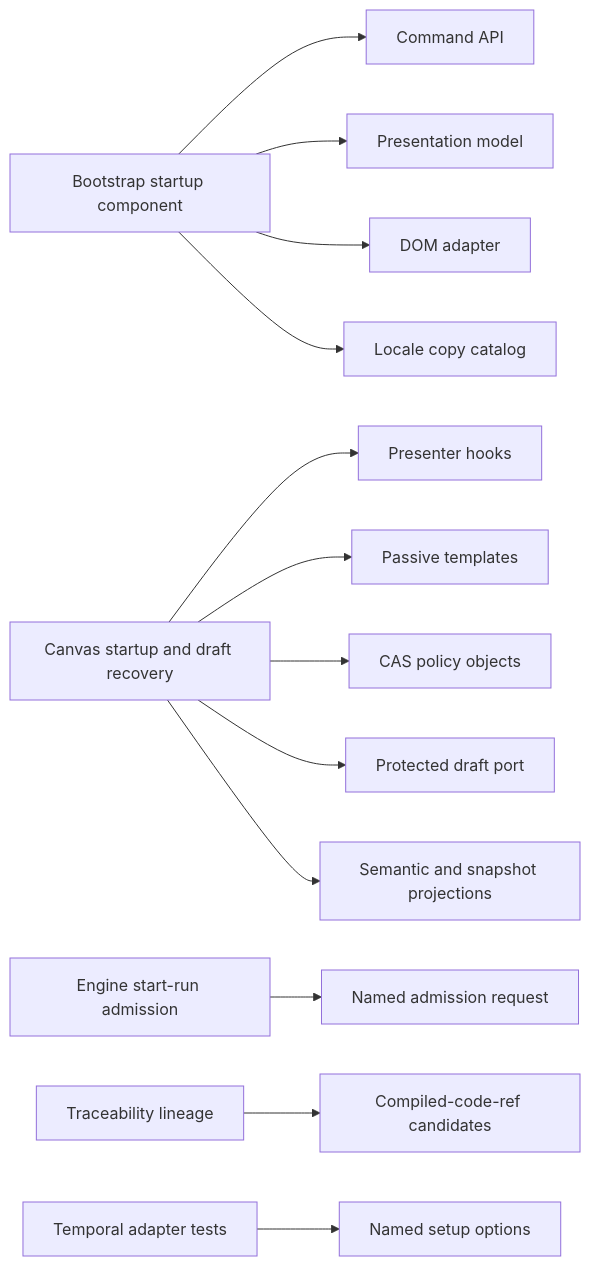
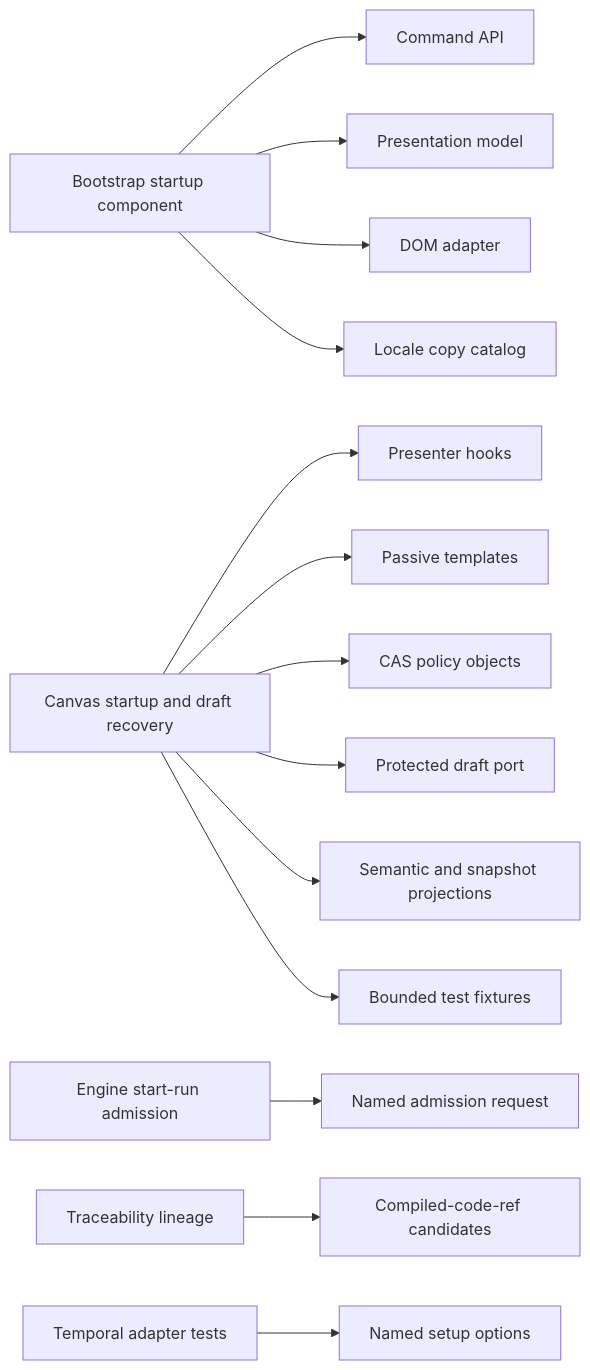
The first of 2 diagrams in buzon/20260429-codex-static-analysis-followup-fowler-architecture-review.md (dunay2/dvt), drawn with Mermaid before and after one commit. The commit also changed other lines of this file and 24 other files, not shown here.

Commit message:
refactor(web): Split workspace graph draft fixtures

````diff
--- a/buzon/20260429-codex-static-analysis-followup-fowler-architecture-review.md
+++ b/buzon/20260429-codex-static-analysis-followup-fowler-architecture-review.md
@@ -96,17 +102,18 @@
 ```mermaid
 flowchart LR
   Bootstrap["Bootstrap startup component"] --> Commands["Command API"]
   Bootstrap --> Presentation["Presentation model"]
   Bootstrap --> Dom["DOM adapter"]
   Bootstrap --> Copy["Locale copy catalog"]
 
   Canvas["Canvas startup and draft recovery"] --> Presenter["Presenter hooks"]
   Canvas --> Templates["Passive templates"]
   Canvas --> Policy["CAS policy objects"]
   Canvas --> DraftPort["Protected draft port"]
   Canvas --> Projection["Semantic and snapshot projections"]
+  Canvas --> Fixtures["Bounded test fixtures"]
 
   Engine["Engine start-run admission"] --> Request["Named admission request"]
   Trace["Traceability lineage"] --> Candidates["Compiled-code-ref candidates"]
   Temporal["Temporal adapter tests"] --> Setup["Named setup options"]
 ```
````
